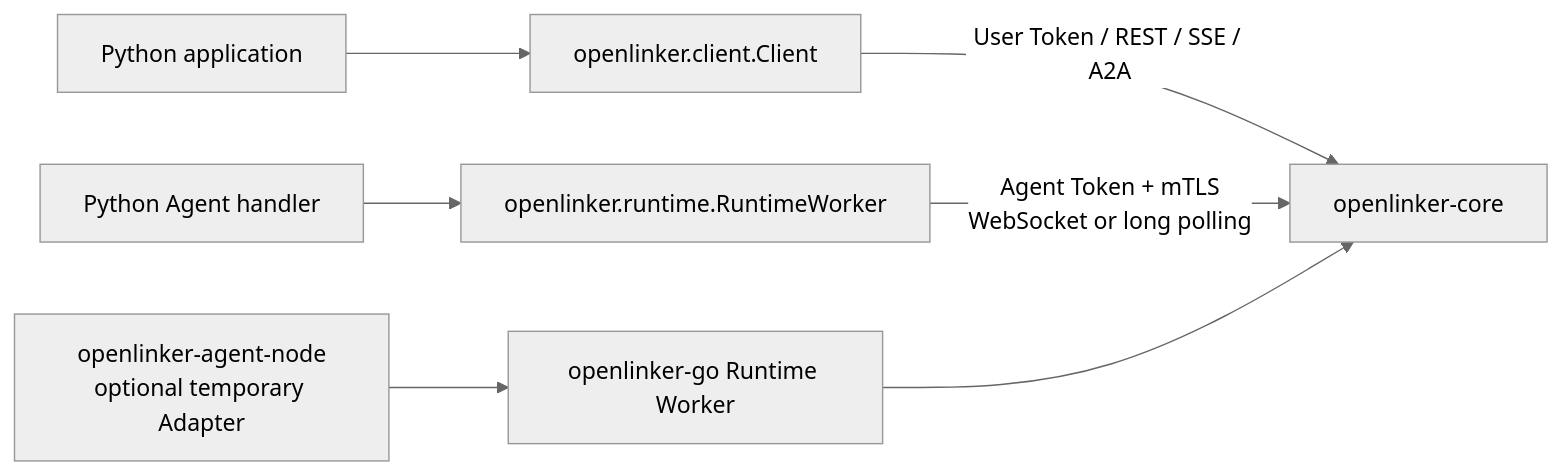
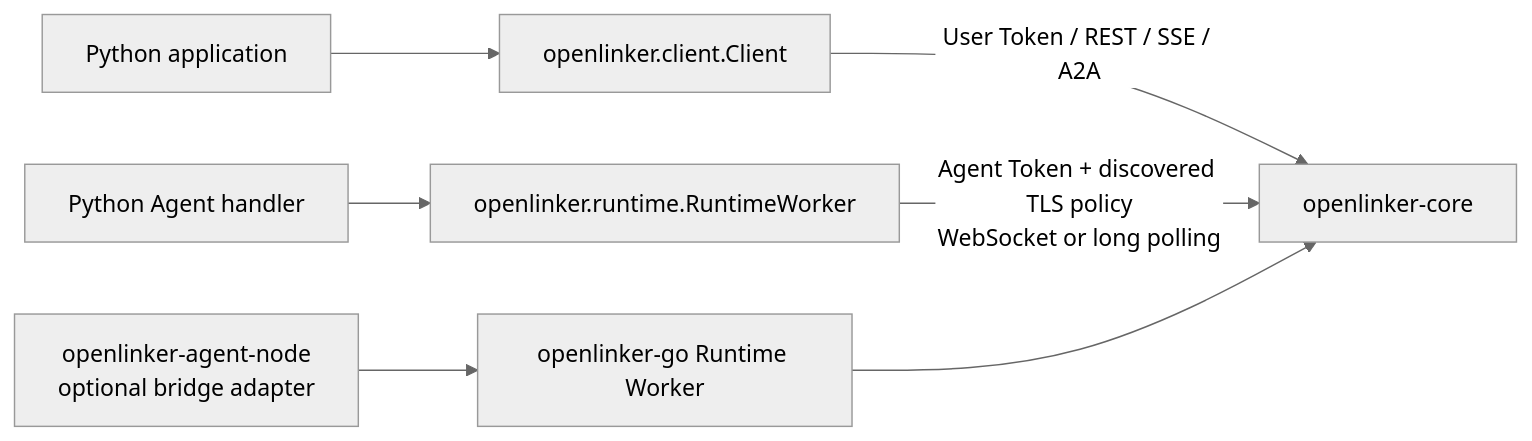
One commit to OpenLinker-ai/openlinker-python changed the diagram in README.md. Above: the diagram before and after it, drawn with Mermaid (neutral theme). The commit also changed other lines of this file and 16 other files, not shown here.

````diff
--- a/README.md
+++ b/README.md
@@ -32,11 +32,11 @@
 ```mermaid
 flowchart LR
   App["Python application"] --> Client["openlinker.client.Client"]
   Client -->|"User Token / REST / SSE / A2A"| Core["openlinker-core"]
 
   Handler["Python Agent handler"] --> Worker["openlinker.runtime.RuntimeWorker"]
-  Worker -->|"Agent Token + mTLS<br/>WebSocket or long polling"| Core
+  Worker -->|"Agent Token + discovered TLS policy<br/>WebSocket or long polling"| Core
 
-  Adapter["openlinker-agent-node<br/>optional temporary Adapter"] --> GoWorker["openlinker-go Runtime Worker"]
+  Adapter["openlinker-agent-node<br/>optional bridge adapter"] --> GoWorker["openlinker-go Runtime Worker"]
   GoWorker --> Core
 ```
````
